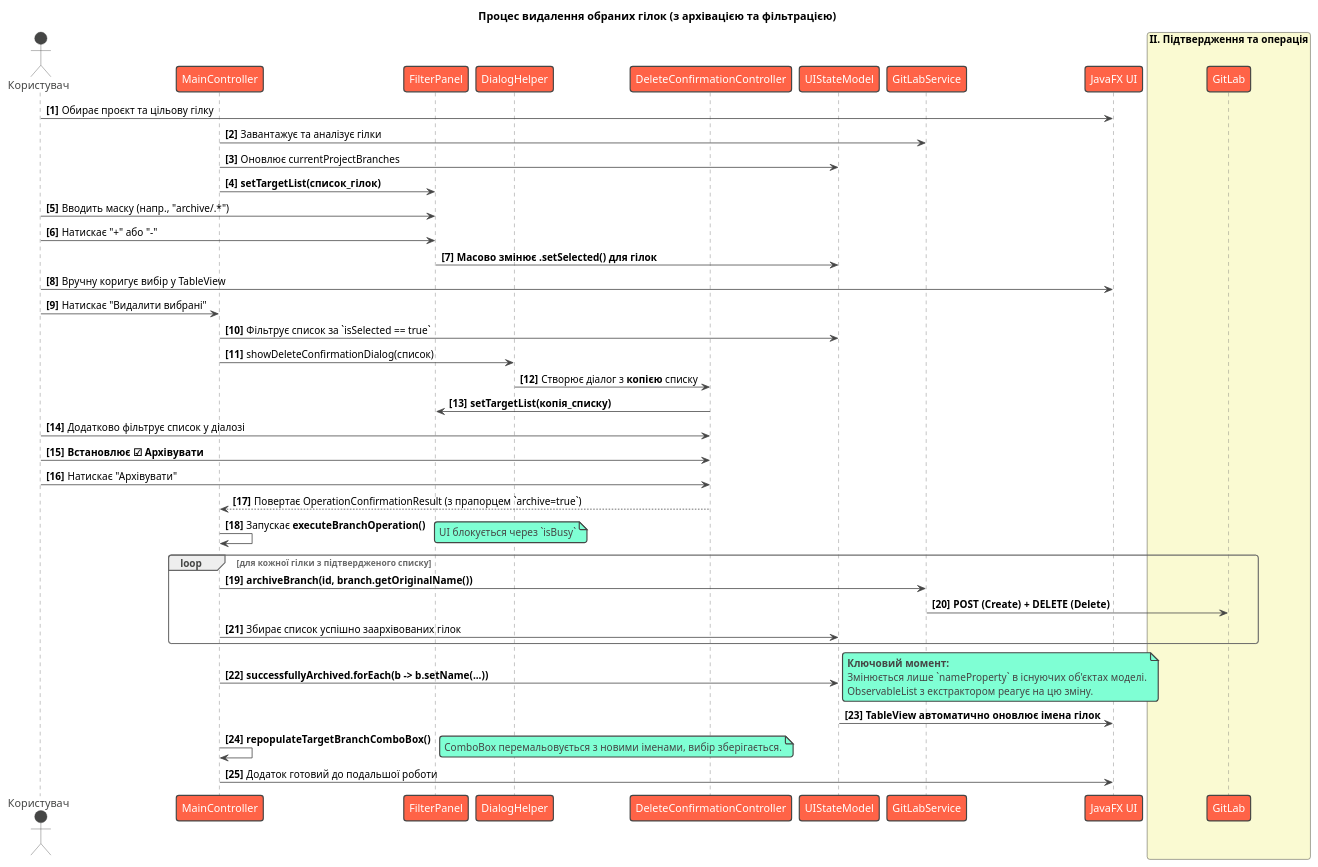
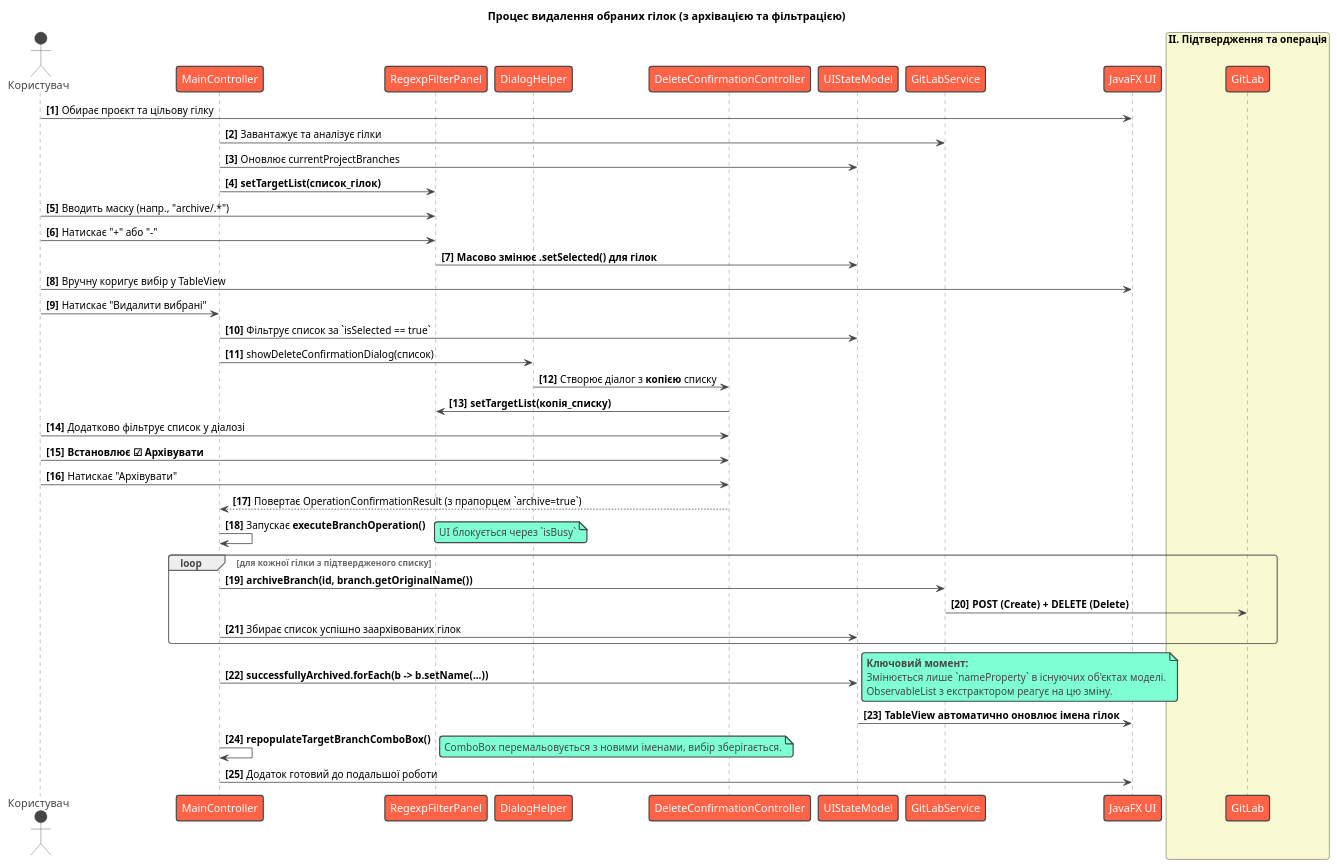
The diagram in src/main/docs/delete_selected.puml (pashkazp/gitlaberfx), drawn with PlantUML before and after one commit. The commit also changed 10 other files, not shown here.

Commit message:
Refactor date filter and regexp filter components for improved clarity and functionality

```diff
--- a/src/main/docs/delete_selected.puml
+++ b/src/main/docs/delete_selected.puml
@@ -1,64 +1,64 @@
 @startuml
 !theme vibrant
 title Процес видалення обраних гілок (з архівацією та фільтрацією)
 
 actor Користувач as User
 participant "MainController" as Controller
-participant "FilterPanel" as Filter
+participant "RegexpFilterPanel" as Filter
 participant "DialogHelper" as Helper
 participant "DeleteConfirmationController" as Dialog
 participant "UIStateModel" as Model
 participant "GitLabService" as Service
 participant "JavaFX UI" as UI
 
 autonumber "<b>[0]"
 
 box "I. Підготовка та вибір" #LightCyan
     User -> UI: Обирає проєкт та цільову гілку
     Controller -> Service: Завантажує та аналізує гілки
     Controller -> Model: Оновлює currentProjectBranches
     Controller -> Filter: **setTargetList(список_гілок)**
 
     User -> Filter: Вводить маску (напр., "archive/.*")
     User -> Filter: Натискає "+" або "-"
     Filter -> Model: **Масово змінює .setSelected() для гілок**
     User -> UI: Вручну коригує вибір у TableView
 end box
 
 box "II. Підтвердження та операція" #LightGoldenRodYellow
     User -> Controller: Натискає "Видалити вибрані"
     Controller -> Model: Фільтрує список за `isSelected == true`
     Controller -> Helper: showDeleteConfirmationDialog(список)
     Helper -> Dialog: Створює діалог з **копією** списку
     Dialog -> Filter: **setTargetList(копія_списку)**
 
     User -> Dialog: Додатково фільтрує список у діалозі
     User -> Dialog: **Встановлює ☑ Архівувати**
     User -> Dialog: Натискає "Архівувати"
     Dialog --> Controller: Повертає OperationConfirmationResult (з прапорцем `archive=true`)
 
     Controller -> Controller: Запускає **executeBranchOperation()**
     note right: UI блокується через `isBusy`
     loop для кожної гілки з підтвердженого списку
         Controller -> Service: **archiveBranch(id, branch.getOriginalName())**
         Service -> GitLab: **POST (Create) + DELETE (Delete)**
         Controller -> Model: Збирає список успішно заархівованих гілок
     end
 end box
 
 box "III. Елегантне оновлення UI" #LightGreen
     Controller -> Model: **successfullyArchived.forEach(b -> b.setName(...))**
     note right
         **Ключовий момент:**
         Змінюється лише `nameProperty` в існуючих об'єктах моделі.
         ObservableList з екстрактором реагує на цю зміну.
     end note
 
     Model -> UI: **TableView автоматично оновлює імена гілок**
     Controller -> Controller: **repopulateTargetBranchComboBox()**
     note right: ComboBox перемальовується з новими іменами, вибір зберігається.
 
     Controller -> UI: Додаток готовий до подальшої роботи
 end box
 
 @enduml
```
